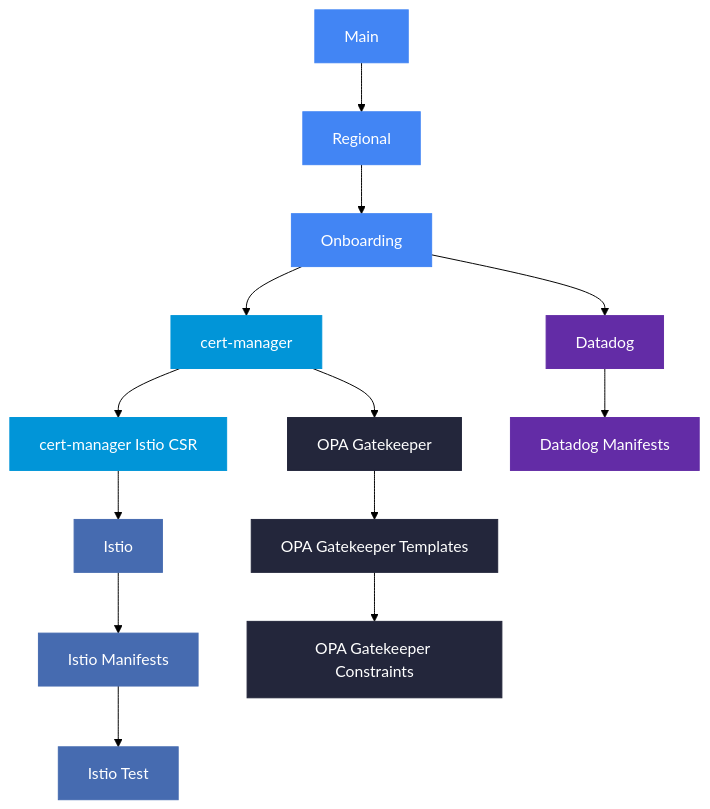
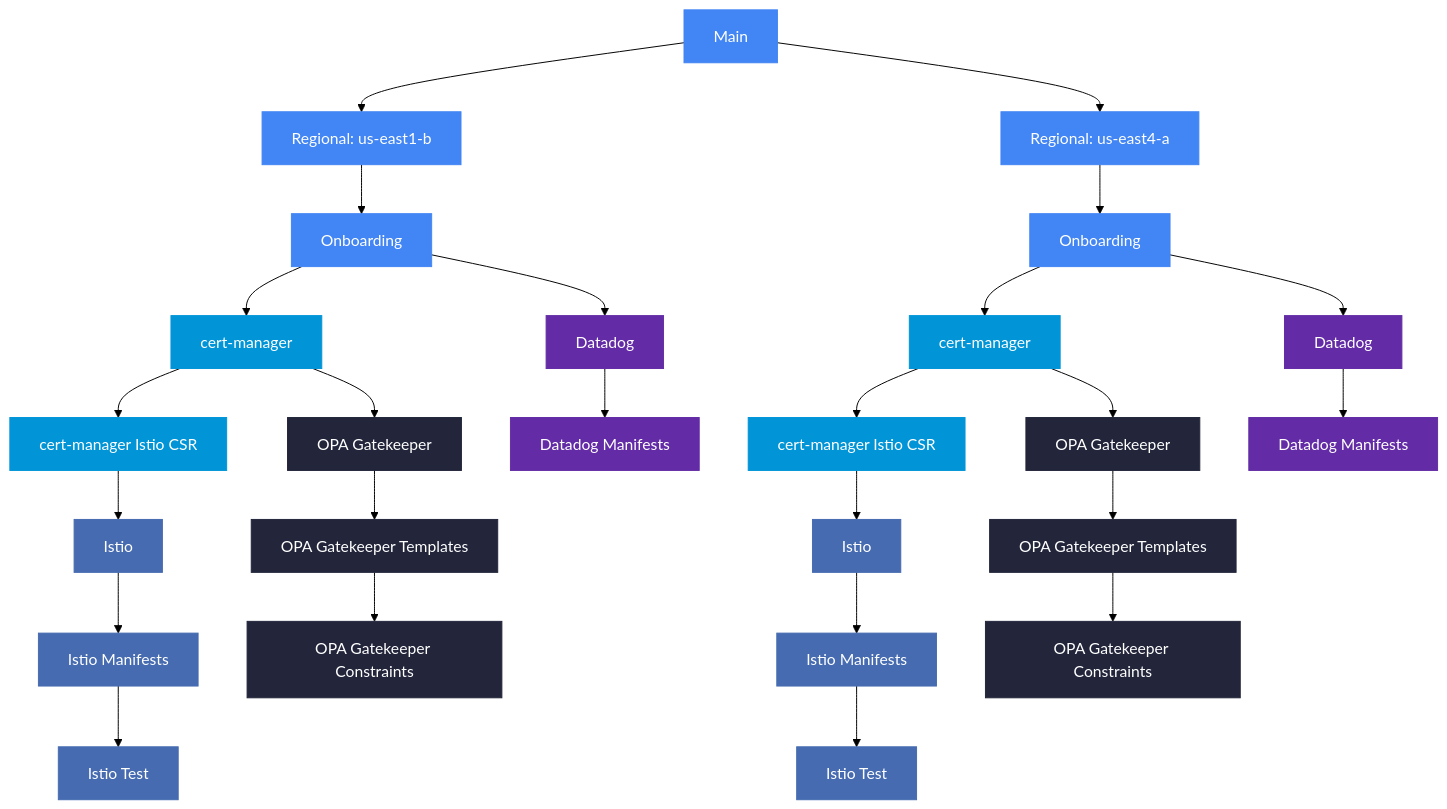
The diagram in README.md (osinfra-io/pt-pneuma), drawn with Mermaid (forest theme) before and after one commit. The commit also changed other lines of this file, not shown here.

Commit message:
Show multi-zone deployment in dependency graph
Duplicate the per-zone chain for us-east1-b and us-east4-a to
visually represent the parallel multi-zone deployment pattern.

````diff
--- a/README.md
+++ b/README.md
@@ -34,30 +34,62 @@
 ```mermaid
 flowchart TD
     classDef gke fill:#4285F4,stroke:#4285F4,color:#fff
     classDef certmanager fill:#0195D8,stroke:#0195D8,color:#fff
     classDef istio fill:#466BB0,stroke:#466BB0,color:#fff
     classDef datadog fill:#632CA6,stroke:#632CA6,color:#fff
     classDef opa fill:#23263B,stroke:#23263B,color:#fff
 
     main["Main"]:::gke
-    zone["Regional"]:::gke
-    onboarding["Onboarding"]:::gke
 
-    main --> zone
-    zone --> onboarding
-    onboarding --> cert_manager["cert-manager"]:::certmanager
+    z1_regional["Regional: us-east1-b"]:::gke
+    z1_onboarding["Onboarding"]:::gke
+    z1_cert_manager["cert-manager"]:::certmanager
+    z1_cert_manager_istio_csr["cert-manager Istio CSR"]:::certmanager
+    z1_istio["Istio"]:::istio
+    z1_istio_manifests["Istio Manifests"]:::istio
+    z1_istio_test["Istio Test"]:::istio
+    z1_datadog["Datadog"]:::datadog
+    z1_datadog_manifests["Datadog Manifests"]:::datadog
+    z1_opa_gatekeeper["OPA Gatekeeper"]:::opa
+    z1_opa_templates["OPA Gatekeeper Templates"]:::opa
+    z1_opa_constraints["OPA Gatekeeper Constraints"]:::opa
 
-    cert_manager --> cert_manager_istio_csr["cert-manager Istio CSR"]:::certmanager
-    cert_manager --> opa_gatekeeper["OPA Gatekeeper"]:::opa
+    main --> z1_regional
+    z1_regional --> z1_onboarding
+    z1_onboarding --> z1_cert_manager
+    z1_onboarding --> z1_datadog
+    z1_cert_manager --> z1_cert_manager_istio_csr
+    z1_cert_manager --> z1_opa_gatekeeper
+    z1_cert_manager_istio_csr --> z1_istio
+    z1_istio --> z1_istio_manifests
+    z1_istio_manifests --> z1_istio_test
+    z1_datadog --> z1_datadog_manifests
+    z1_opa_gatekeeper --> z1_opa_templates
+    z1_opa_templates --> z1_opa_constraints
 
-    cert_manager_istio_csr --> istio["Istio"]:::istio
+    z2_regional["Regional: us-east4-a"]:::gke
+    z2_onboarding["Onboarding"]:::gke
+    z2_cert_manager["cert-manager"]:::certmanager
+    z2_cert_manager_istio_csr["cert-manager Istio CSR"]:::certmanager
+    z2_istio["Istio"]:::istio
+    z2_istio_manifests["Istio Manifests"]:::istio
+    z2_istio_test["Istio Test"]:::istio
+    z2_datadog["Datadog"]:::datadog
+    z2_datadog_manifests["Datadog Manifests"]:::datadog
+    z2_opa_gatekeeper["OPA Gatekeeper"]:::opa
+    z2_opa_templates["OPA Gatekeeper Templates"]:::opa
+    z2_opa_constraints["OPA Gatekeeper Constraints"]:::opa
 
-    onboarding --> datadog["Datadog"]:::datadog
-
-    datadog --> datadog_manifests["Datadog Manifests"]:::datadog
-    istio --> istio_manifests["Istio Manifests"]:::istio
-    istio_manifests --> istio_test["Istio Test"]:::istio
-
-    opa_gatekeeper --> opa_gatekeeper_templates["OPA Gatekeeper Templates"]:::opa
-    opa_gatekeeper_templates --> opa_gatekeeper_constraints["OPA Gatekeeper Constraints"]:::opa
+    main --> z2_regional
+    z2_regional --> z2_onboarding
+    z2_onboarding --> z2_cert_manager
+    z2_onboarding --> z2_datadog
+    z2_cert_manager --> z2_cert_manager_istio_csr
+    z2_cert_manager --> z2_opa_gatekeeper
+    z2_cert_manager_istio_csr --> z2_istio
+    z2_istio --> z2_istio_manifests
+    z2_istio_manifests --> z2_istio_test
+    z2_datadog --> z2_datadog_manifests
+    z2_opa_gatekeeper --> z2_opa_templates
+    z2_opa_templates --> z2_opa_constraints
 ```
````
